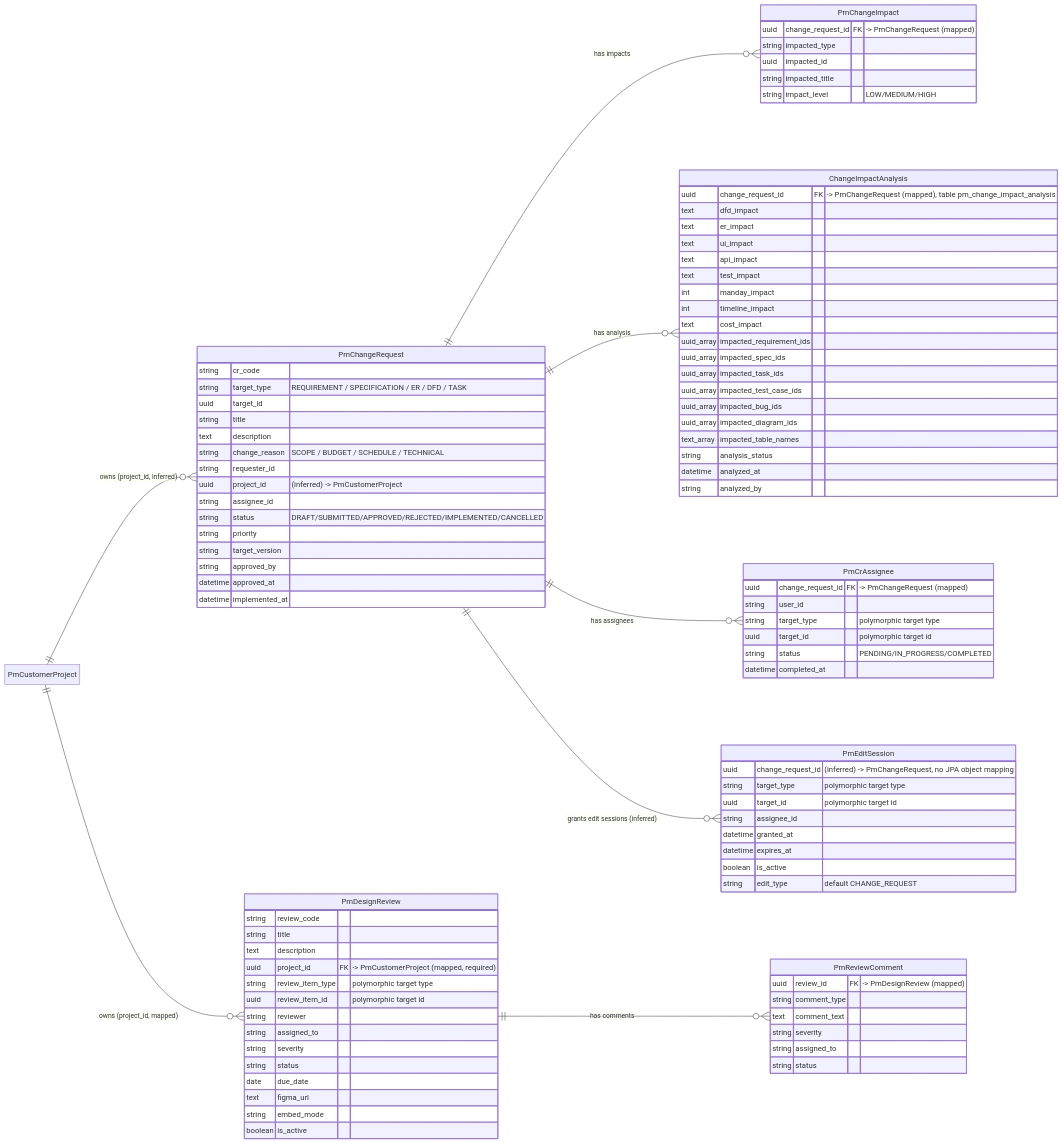
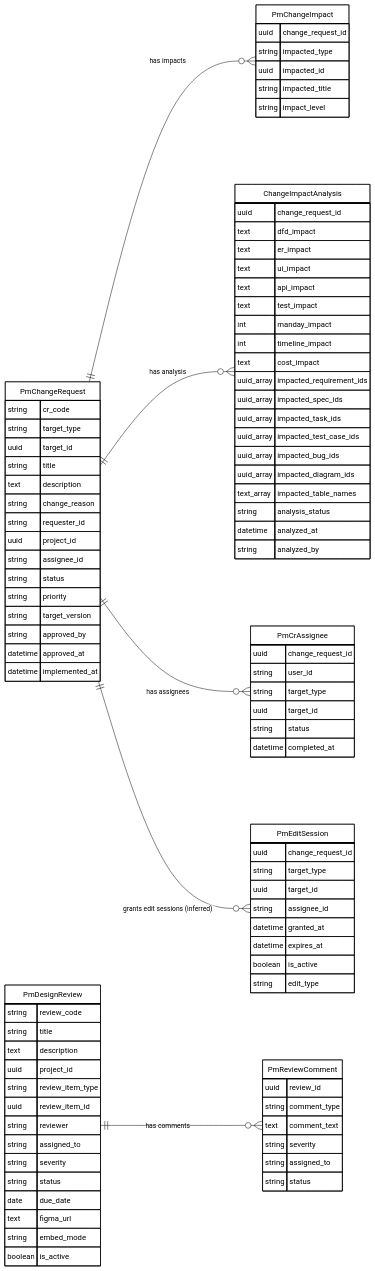
Before and after one commit to softinter-chiangrai/sic-project: the diagram in docs/erd/erd-04b1-changerequest-review.mmd, drawn with Mermaid. The commit also changed 111 other files, not shown here.

Commit message:
feat: add dashboard, portfolio gantt widget, and system architecture diagrams

```diff
--- a/docs/erd/erd-04b1-changerequest-review.mmd
+++ b/docs/erd/erd-04b1-changerequest-review.mmd
@@ -1,126 +1,119 @@
 %% title: ERD 04b1 - Change Request / Design Review
 %% Module: SIC Requirement / Analysis / Design (part 1 of 2, see erd-04b2-trace-comment.mmd for Traceability/Comment)
 %% NOTE: All entities extend BaseEntity or BaseBusinessEntity (Lombok @Data), which contribute these audit/base
 %%       columns not repeated per-entity below: id (PK, UUID), created_by, created_date, updated_by, updated_date,
 %%       is_delete, delete_by, delete_date, rowVersion (xmin). BaseBusinessEntity additionally adds business_id (UUID).
 %%       Only business-specific columns are listed in each entity box.
 %% NOTE on PmDesignReview / PmCrAssignee / PmEditSession:
 %%       these use POLYMORPHIC association pairs (a "*_type" string column + a "*_id" UUID column) instead of a
 %%       real FK to one table, so the same column pair can point at multiple possible target tables depending on
 %%       the value of *_type. Mermaid cannot express "one column set, many possible target tables" as a real FK,
 %%       so no dashed polymorphic relationship lines are drawn here (see erd-04b2-trace-comment.mmd for the
 %%       polymorphic PmTraceLink relationships, which are the documented example of this pattern).
 %% NOTE: Relationships marked "(inferred)" come from a plain *_id UUID column with FK naming convention but NO
 %%       @ManyToOne/@JoinColumn mapping in the Java source. Relationships marked "(mapped)" are real @ManyToOne.
 
 erDiagram
     direction LR
 
-%%{init: {"er": {"diagramPadding": 6, "entityPadding": 8, "minEntityWidth": 70, "minEntityHeight": 30, "fontSize": 16}}}%%
-
+%%{init: {"theme": "base", "themeVariables": {"primaryColor": "#ffffff", "primaryBorderColor": "#000000", "primaryTextColor": "#000000", "lineColor": "#000000", "secondaryColor": "#ffffff", "tertiaryColor": "#ffffff"}, "er": {"diagramPadding": 8, "entityPadding": 12, "minEntityWidth": 90, "minEntityHeight": 40, "fontSize": 22}}}%%
     PmChangeRequest {
         string cr_code
-        string target_type "REQUIREMENT / SPECIFICATION / ER / DFD / TASK"
+        string target_type
         uuid target_id
         string title
         text description
-        string change_reason "SCOPE / BUDGET / SCHEDULE / TECHNICAL"
+        string change_reason
         string requester_id
-        uuid project_id "(inferred) -> PmCustomerProject"
+        uuid project_id
         string assignee_id
-        string status "DRAFT/SUBMITTED/APPROVED/REJECTED/IMPLEMENTED/CANCELLED"
+        string status
         string priority
         string target_version
         string approved_by
         datetime approved_at
         datetime implemented_at
     }
 
     PmChangeImpact {
-        uuid change_request_id FK "-> PmChangeRequest (mapped)"
+        uuid change_request_id
         string impacted_type
         uuid impacted_id
         string impacted_title
-        string impact_level "LOW/MEDIUM/HIGH"
+        string impact_level
     }
 
     ChangeImpactAnalysis {
-        uuid change_request_id FK "-> PmChangeRequest (mapped), table pm_change_impact_analysis"
+        uuid change_request_id
         text dfd_impact
         text er_impact
         text ui_impact
         text api_impact
         text test_impact
         int manday_impact
         int timeline_impact
         text cost_impact
         uuid_array impacted_requirement_ids
         uuid_array impacted_spec_ids
         uuid_array impacted_task_ids
         uuid_array impacted_test_case_ids
         uuid_array impacted_bug_ids
         uuid_array impacted_diagram_ids
         text_array impacted_table_names
         string analysis_status
         datetime analyzed_at
         string analyzed_by
     }
 
     PmDesignReview {
         string review_code
         string title
         text description
-        uuid project_id FK "-> PmCustomerProject (mapped, required)"
-        string review_item_type "polymorphic target type"
-        uuid review_item_id "polymorphic target id"
+        uuid project_id
+        string review_item_type
+        uuid review_item_id
         string reviewer
         string assigned_to
         string severity
         string status
         date due_date
         text figma_url
         string embed_mode
         boolean is_active
     }
 
     PmReviewComment {
-        uuid review_id FK "-> PmDesignReview (mapped)"
+        uuid review_id
         string comment_type
         text comment_text
         string severity
         string assigned_to
         string status
     }
 
     PmCrAssignee {
-        uuid change_request_id FK "-> PmChangeRequest (mapped)"
+        uuid change_request_id
         string user_id
-        string target_type "polymorphic target type"
-        uuid target_id "polymorphic target id"
-        string status "PENDING/IN_PROGRESS/COMPLETED"
+        string target_type
+        uuid target_id
+        string status
         datetime completed_at
     }
 
     PmEditSession {
-        uuid change_request_id "(inferred) -> PmChangeRequest, no JPA object mapping"
-        string target_type "polymorphic target type"
-        uuid target_id "polymorphic target id"
+        uuid change_request_id
+        string target_type
+        uuid target_id
         string assignee_id
         datetime granted_at
         datetime expires_at
         boolean is_active
-        string edit_type "default CHANGE_REQUEST"
-    }
-
-    %% external entity, defined in another module diagram
-    PmCustomerProject {
+        string edit_type
     }
 
     PmChangeRequest ||--o{ PmChangeImpact : "has impacts"
     PmChangeRequest ||--o{ ChangeImpactAnalysis : "has analysis"
     PmChangeRequest ||--o{ PmCrAssignee : "has assignees"
     PmChangeRequest ||--o{ PmEditSession : "grants edit sessions (inferred)"
-    PmCustomerProject ||--o{ PmChangeRequest : "owns (project_id, inferred)"
-    PmCustomerProject ||--o{ PmDesignReview : "owns (project_id, mapped)"
 
     PmDesignReview ||--o{ PmReviewComment : "has comments"
```
